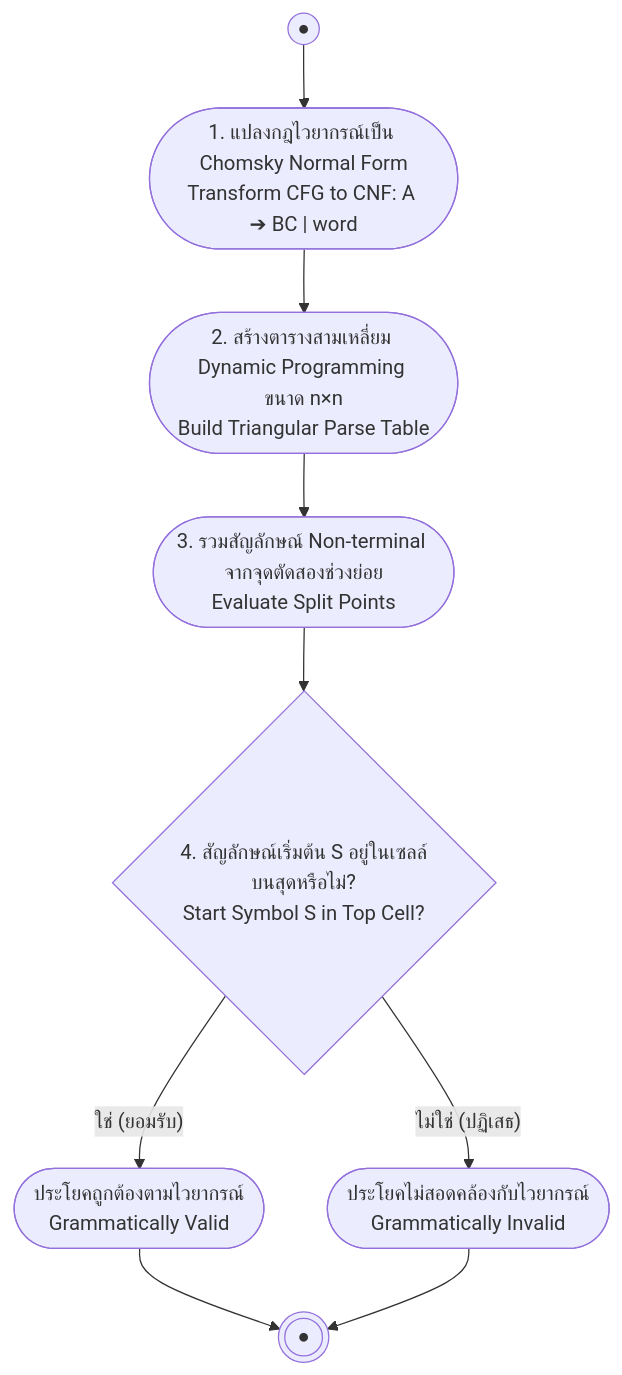
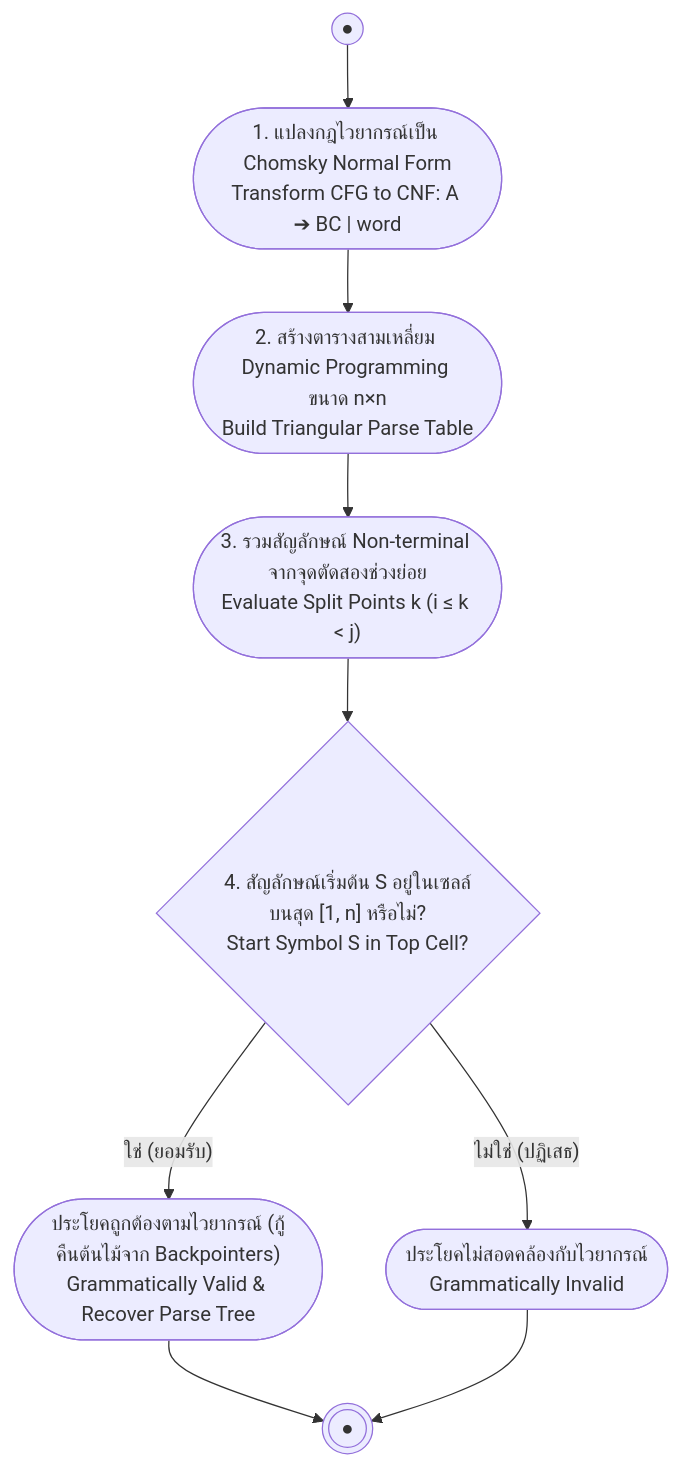
The diagram in 01_Lectures/Week3/Syntax-and-Parsing.md (PhuriphatTyPeZ3r0/Course-1323404-Natural-Language-Processing-2026), drawn with Mermaid before and after one commit. The commit also changed other lines of this file and 17 other files, not shown here.

````diff
--- a/01_Lectures/Week3/Syntax-and-Parsing.md
+++ b/01_Lectures/Week3/Syntax-and-Parsing.md
@@ -125,11 +505,11 @@
 ```mermaid
 flowchart TD
     Start((●)) --> CNF(["1. แปลงกฎไวยากรณ์เป็น Chomsky Normal Form<br>Transform CFG to CNF: A ➔ BC | word"])
     CNF --> Table(["2. สร้างตารางสามเหลี่ยม Dynamic Programming ขนาด n×n<br>Build Triangular Parse Table"])
-    Table --> Combine(["3. รวมสัญลักษณ์ Non-terminal จากจุดตัดสองช่วงย่อย<br>Evaluate Split Points"])
-    Combine --> Check{"4. สัญลักษณ์เริ่มต้น S อยู่ในเซลล์บนสุดหรือไม่?<br>Start Symbol S in Top Cell?"}
-    Check -- ใช่ (ยอมรับ) --> Valid(["ประโยคถูกต้องตามไวยากรณ์<br>Grammatically Valid"])
-    Check -- ไม่ใช่ (ปฏิเสธ) --> Invalid(["ประโยคไม่สอดคล้องกับไวยากรณ์<br>Grammatically Invalid"])
+    Table --> Combine(["3. รวมสัญลักษณ์ Non-terminal จากจุดตัดสองช่วงย่อย<br>Evaluate Split Points k (i ≤ k < j)"])
+    Combine --> Check{"4. สัญลักษณ์เริ่มต้น S อยู่ในเซลล์บนสุด [1, n] หรือไม่?<br>Start Symbol S in Top Cell?"}
+    Check -- "ใช่ (ยอมรับ)" --> Valid(["ประโยคถูกต้องตามไวยากรณ์ (กู้คืนต้นไม้จาก Backpointers)<br>Grammatically Valid & Recover Parse Tree"])
+    Check -- "ไม่ใช่ (ปฏิเสธ)" --> Invalid(["ประโยคไม่สอดคล้องกับไวยากรณ์<br>Grammatically Invalid"])
     Valid --> EndNode(((●)))
     Invalid --> EndNode
 ```
````
